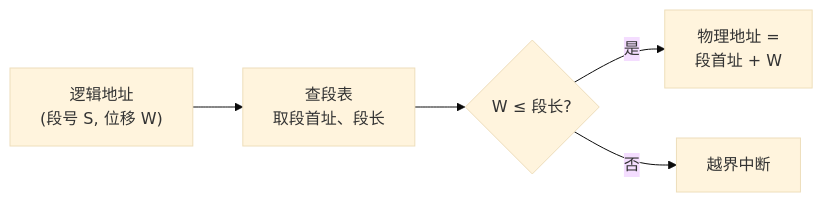
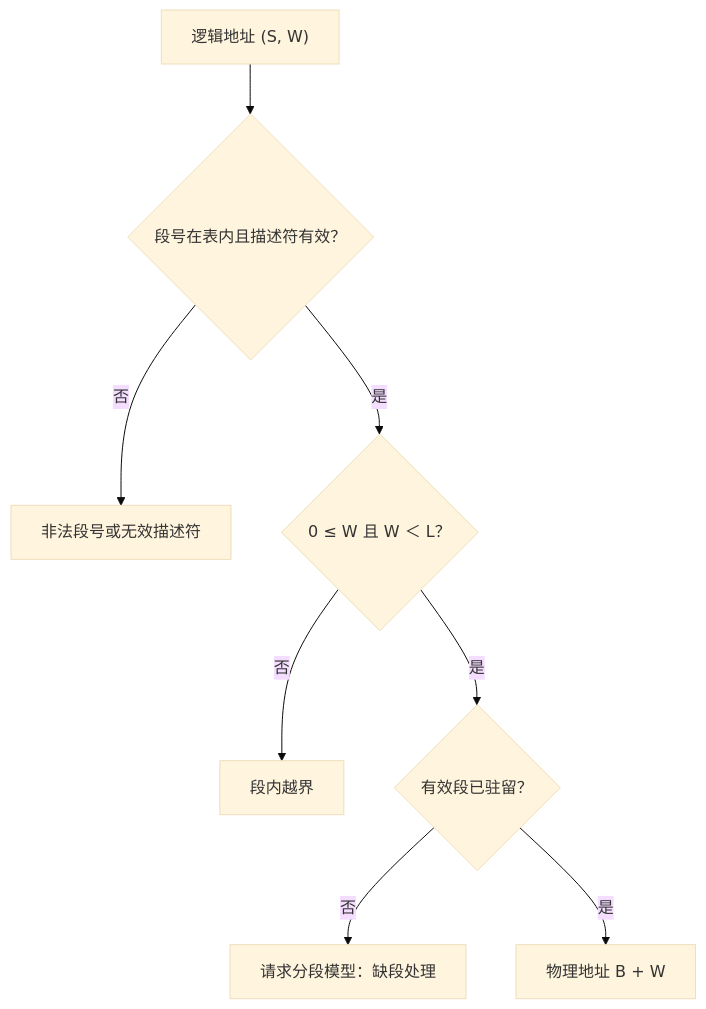
One commit to hicancan/njupt-knowledge changed the diagram in topics/操作系统/分段存储管理.md. Above: the diagram before and after it, drawn with Mermaid (base theme). The commit also changed other lines of this file and 8 other files, not shown here.

````diff
--- a/topics/操作系统/分段存储管理.md
+++ b/topics/操作系统/分段存储管理.md
@@ -28,7 +22,10 @@
 ```mermaid
-flowchart LR
-    A["逻辑地址<br/>(段号 S, 位移 W)"] --> B["查段表<br/>取段首址、段长"]
-    B --> C{"W ≤ 段长?"}
-    C -->|是| D["物理地址 =<br/>段首址 + W"]
-    C -->|否| E["越界中断"]
+flowchart TD
+    A["逻辑地址 (S, W)"] --> B{"段号在表内且描述符有效？"}
+    B -->|否| C["非法段号或无效描述符"]
+    B -->|是| D{"0 ≤ W 且 W ＜ L？"}
+    D -->|否| E["段内越界"]
+    D -->|是| F{"有效段已驻留？"}
+    F -->|否| G["请求分段模型：缺段处理"]
+    F -->|是| H["物理地址 B + W"]
 ```
````
